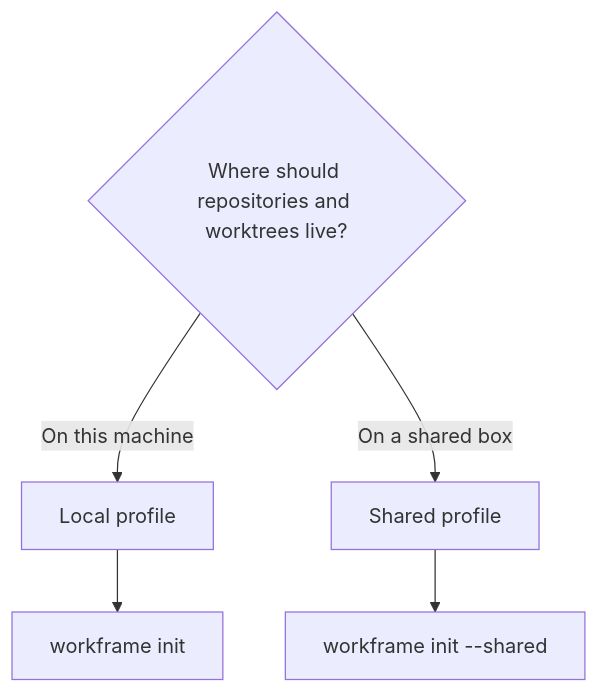
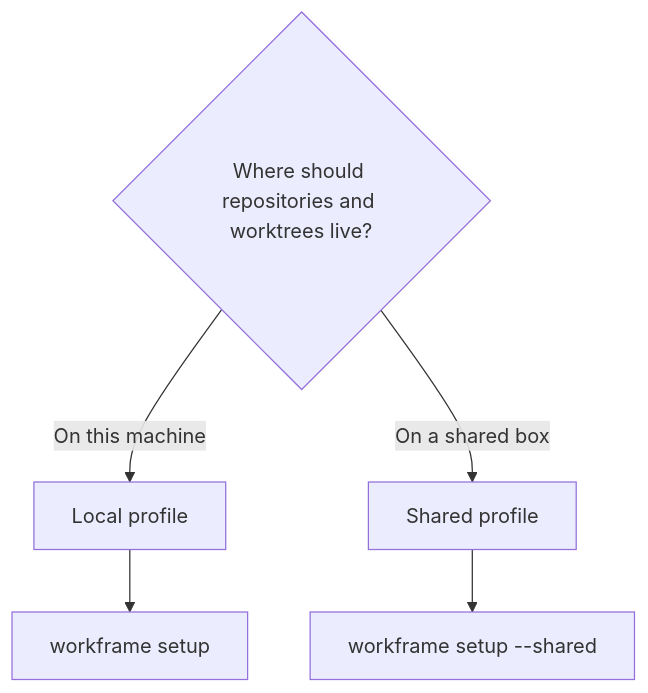
The diagram in docs/README.md (fschrhunt/code), drawn with Mermaid before and after one commit. The commit also changed other lines of this file and 32 other files, not shown here.

First line of the commit message:
Add persistent Workframe setup and custom roots (#28)

````diff
--- a/docs/README.md
+++ b/docs/README.md
@@ -28,8 +28,8 @@
 ```mermaid
 flowchart TD
     A{Where should repositories and worktrees live?}
     A -->|On this machine| B[Local profile]
     A -->|On a shared box| C[Shared profile]
-    B --> D[workframe init]
-    C --> E[workframe init --shared]
+    B --> D[workframe setup]
+    C --> E[workframe setup --shared]
 ```
````
